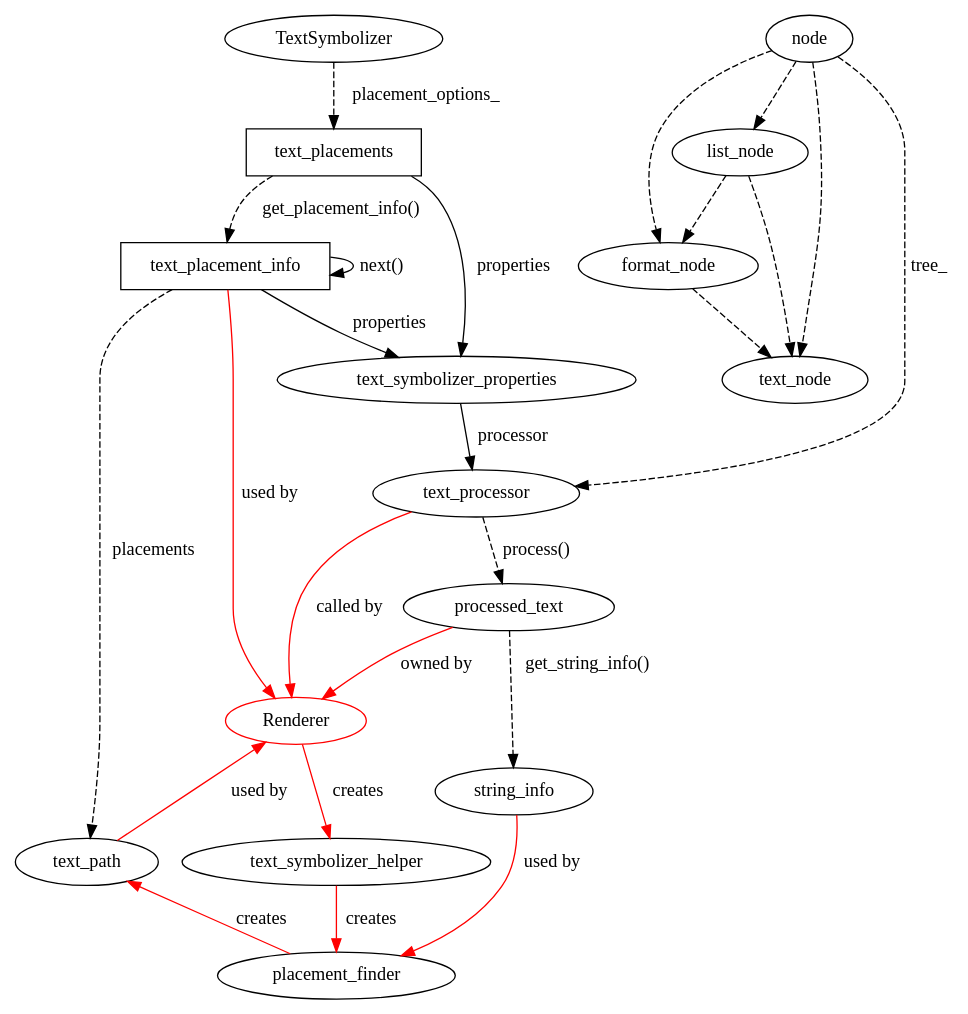
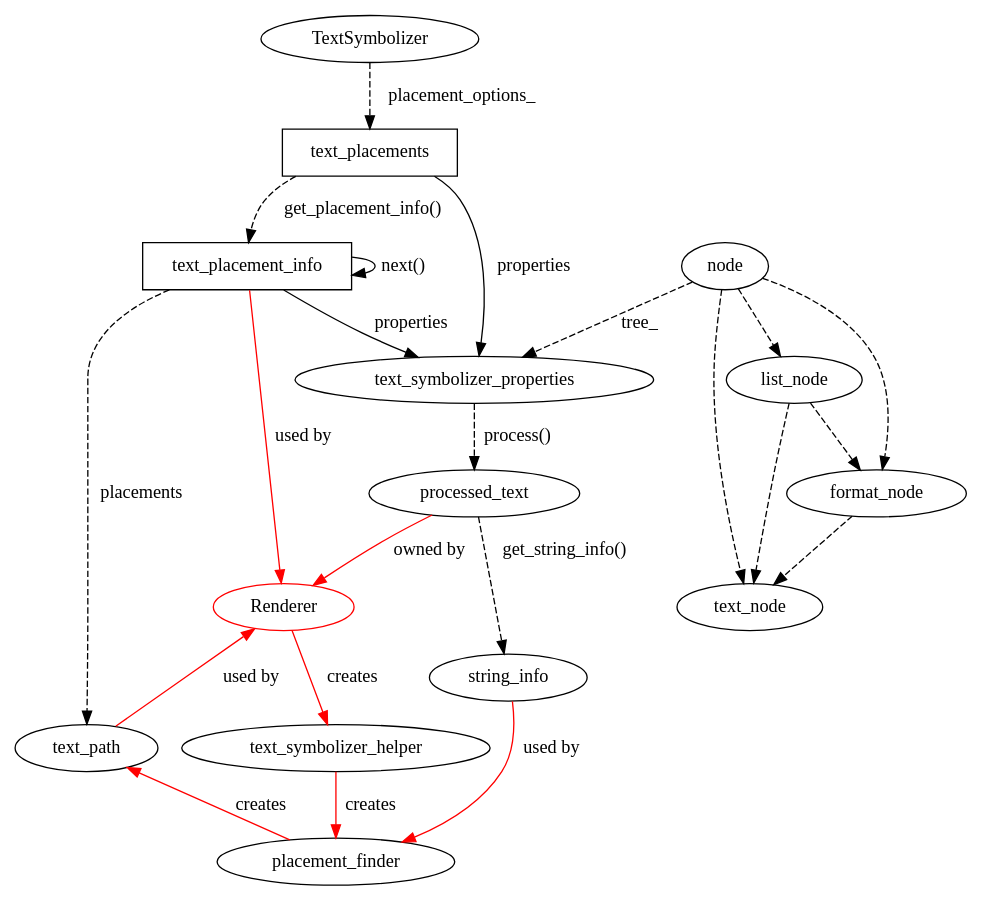
Before and after one commit to mapnik/mapnik: the diagram in docs/textrendering.gv, drawn with Graphviz. The commit also changed 2 other files, not shown here.

Commit message:
Update dependency graph.

```diff
--- a/docs/textrendering.gv
+++ b/docs/textrendering.gv
@@ -1,40 +1,40 @@
-/* process with: dot textrendering.gv -Tsvg > textrendering.svg */
+/* process with:
+dot textrendering.gv -Tsvg > textrendering.svg
+dot textrendering.gv -Tpng > textrendering.png
+ */
 digraph textrendering {
   /* Classes without important virtual members: Round
      Classes with    important virtual members: Rect
      Pointers [style=dashed] */
 
   Renderer [color=red]
   rankdir="TD";
   text_placements[shape=box]
   text_placement_info[shape=box]
-  node_ -> text_processor [label="tree_", style=dashed]
+  node_ -> text_symbolizer_properties [label="tree_", style=dashed]
   TextSymbolizer -> text_placements [label="placement_options_", style=dashed]
   text_placements -> text_symbolizer_properties [label="properties"]
   text_placements -> text_placement_info [label="get_placement_info()", style=dashed]
   text_placement_info -> text_symbolizer_properties [label="properties"]
   text_placement_info -> text_path [label="placements", style=dashed]
   text_placement_info -> text_placement_info [label="next()"]
-  text_symbolizer_properties -> text_processor [label="processor"]
-  text_processor ->  processed_text [label="process()", style=dashed]
+  text_symbolizer_properties ->  processed_text [label="process()", style=dashed]
   processed_text -> string_info [label="get_string_info()", style=dashed]
   text_path -> Renderer [color=red, label="used by"]
   processed_text -> Renderer [color=red, label="owned by"]
   Renderer -> text_symbolizer_helper [color=red, label="creates"]
   text_symbolizer_helper -> placement_finder [color=red, label="creates"]
   placement_finder -> text_path [color=red, label="creates"]
   string_info -> placement_finder [color=red, label="used by"]
-  text_processor -> Renderer [color=red, label="called by"]
   text_placement_info -> Renderer [color=red, label="used by"]
   
   
   node_[label="node"]
   node_ -> text_node [style=dashed]
   node_ -> list_node [style=dashed]
   node_ -> format_node [style=dashed]
   list_node -> text_node [style=dashed]
   list_node -> format_node [style=dashed]
   format_node -> text_node [style=dashed]
    { rank=same; text_path text_symbolizer_helper }
-   { rank=same; node_ TextSymbolizer}
 }
```
